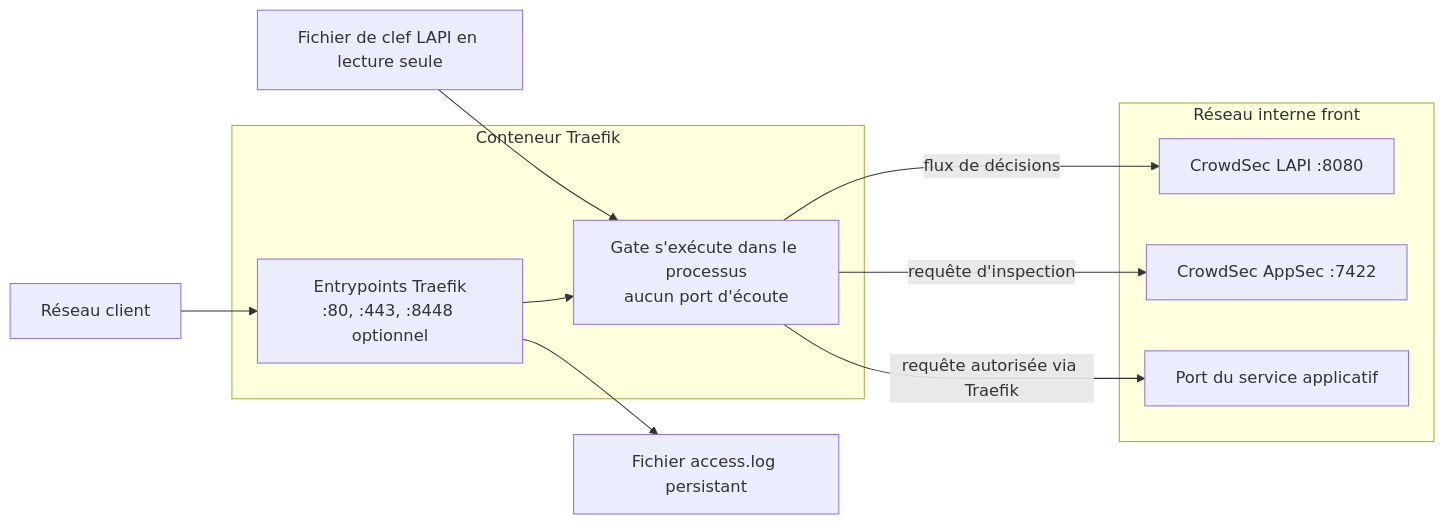
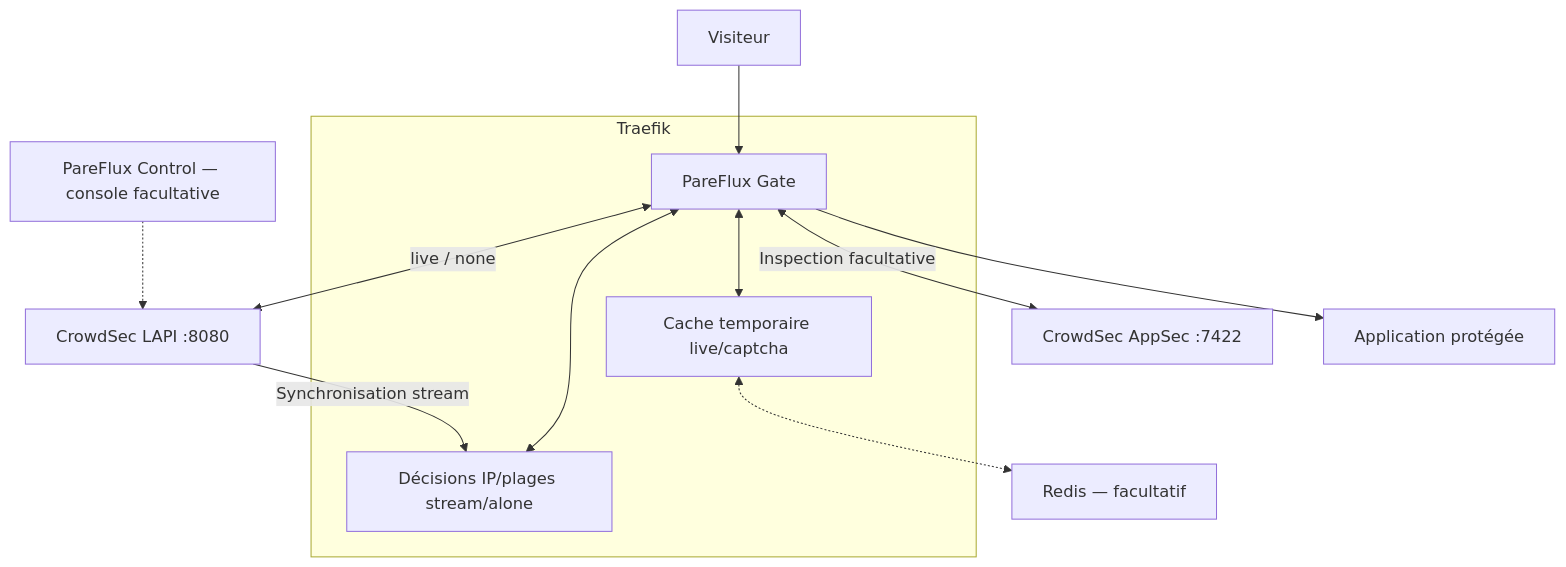
Before and after one commit to vandman/pareflux-traefik-gate: the diagram in docs/architecture.FR.md, drawn with Mermaid. The commit also changed other lines of this file and 57 other files, not shown here.

First line of the commit message:
release: publish PareFlux Gate v0.1.24

````diff
--- a/docs/architecture.FR.md
+++ b/docs/architecture.FR.md
@@ -48,25 +13,17 @@
 ```mermaid
-flowchart LR
-    internet["Réseau client"]
-
-    subgraph conteneurtraefik["Conteneur Traefik"]
-        tls["Entrypoints Traefik<br/>:80, :443, :8448 optionnel"]
-        gate["Gate s'exécute dans le processus<br/>aucun port d'écoute"]
+flowchart TB
+    client["Visiteur"] --> gate
+    subgraph traefik["Traefik"]
+        gate["PareFlux Gate"]
+        store["Décisions IP/plages stream/alone"]
+        ttl["Cache temporaire live/captcha"]
+        gate <--> store
+        gate <--> ttl
     end
-
-    subgraph front["Réseau interne front"]
-        lapi["CrowdSec LAPI :8080"]
-        appsec["CrowdSec AppSec :7422"]
-        backend["Port du service applicatif"]
-    end
-
-    secret["Fichier de clef LAPI en lecture seule"]
-    journal["Fichier access.log persistant"]
-
-    internet --> tls --> gate
-    gate -->|"flux de décisions"| lapi
-    gate -->|"requête d'inspection"| appsec
-    gate -->|"requête autorisée via Traefik"| backend
-    secret --> gate
-    tls --> journal
+    lapi["CrowdSec LAPI :8080"] -->|"Synchronisation stream"| store
+    gate <-->|"live / none"| lapi
+    gate <-->|"Inspection facultative"| appsec["CrowdSec AppSec :7422"]
+    gate --> backend["Application protégée"]
+    ttl <-.-> redis["Redis — facultatif"]
+    control["PareFlux Control — console facultative"] -.-> lapi
 ```
````
